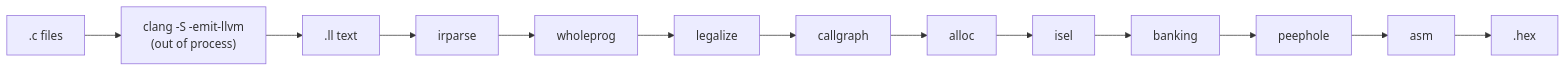
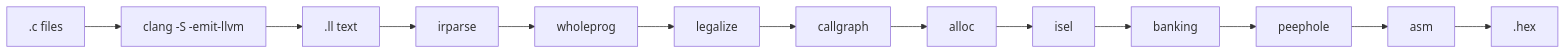
Before and after one commit to apojomovsky/epic-cc: the diagram in README.md, drawn with Mermaid. The commit also changed other lines of this file and 2 other files, not shown here.

````diff
--- a/README.md
+++ b/README.md
@@ -76,15 +129,7 @@
 ```mermaid
 flowchart LR
-    C[".c files"] --> CLANG["clang -S -emit-llvm<br/>(out of process)"]
-    CLANG --> LL[".ll text"]
-    LL --> IRP["irparse"]
-    IRP --> WP["wholeprog"]
-    WP --> LEG["legalize"]
-    LEG --> CG["callgraph"]
-    CG --> AL["alloc"]
-    AL --> ISEL["isel"]
-    ISEL --> BK["banking"]
-    BK --> PH["peephole"]
-    PH --> ASM["asm"]
-    ASM --> HEX[".hex"]
+    C[".c files"] --> CLANG["clang -S -emit-llvm"] --> LL[".ll text"]
+    LL --> IRP["irparse"] --> WP["wholeprog"] --> LEG["legalize"]
+    LEG --> CG["callgraph"] --> AL["alloc"] --> ISEL["isel"]
+    ISEL --> BK["banking"] --> PH["peephole"] --> ASM["asm"] --> HEX[".hex"]
 ```
````
